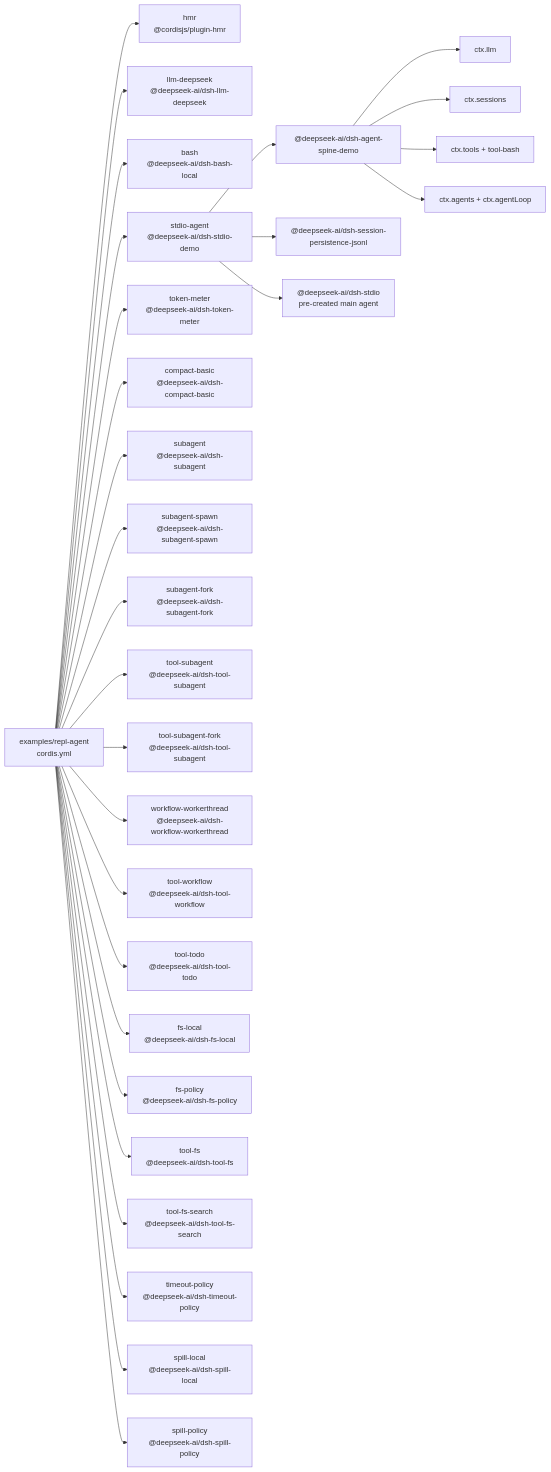
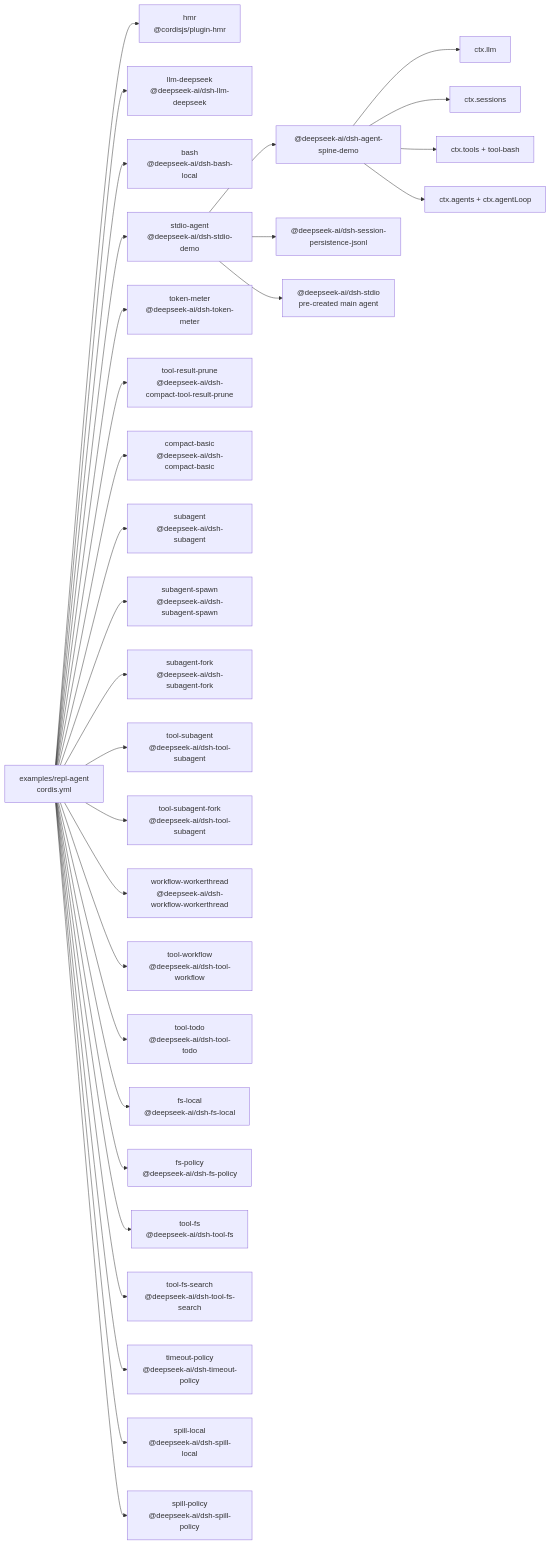
One commit to eru123/coco-harness changed the diagram in examples/repl-agent/composition.md. Above: the diagram before and after it, drawn with Mermaid. The commit also changed other lines of this file and 53 other files, not shown here.

First line of the commit message:
Merge pull request #353 from deepseek-harness/codex/compact-tool-result-prune

````diff
--- a/examples/repl-agent/composition.md
+++ b/examples/repl-agent/composition.md
@@ -8,53 +8,55 @@
 ```mermaid
 flowchart LR
   cfg["examples/repl-agent<br/>cordis.yml"]
   plugin_repl_hmr["hmr<br/>@cordisjs/plugin-hmr"]
   cfg --> plugin_repl_hmr
   plugin_repl_llm_deepseek["llm-deepseek<br/>@deepseek-ai/dsh-llm-deepseek"]
   cfg --> plugin_repl_llm_deepseek
   plugin_repl_bash["bash<br/>@deepseek-ai/dsh-bash-local"]
   cfg --> plugin_repl_bash
   plugin_repl_stdio_agent["stdio-agent<br/>@deepseek-ai/dsh-stdio-demo"]
   cfg --> plugin_repl_stdio_agent
   plugin_repl_stdio_agent --> bundle_agent_core["@deepseek-ai/dsh-agent-spine-demo"]
   plugin_repl_stdio_agent --> bundle_jsonl["@deepseek-ai/dsh-session-persistence-jsonl"]
   plugin_repl_stdio_agent --> frontdoor_stdio["@deepseek-ai/dsh-stdio<br/>pre-created main agent"]
   bundle_agent_core --> spine_llm["ctx.llm"]
   bundle_agent_core --> spine_sessions["ctx.sessions"]
   bundle_agent_core --> spine_tools["ctx.tools + tool-bash"]
   bundle_agent_core --> spine_loop["ctx.agents + ctx.agentLoop"]
   plugin_repl_token_meter["token-meter<br/>@deepseek-ai/dsh-token-meter"]
   cfg --> plugin_repl_token_meter
+  plugin_repl_tool_result_prune["tool-result-prune<br/>@deepseek-ai/dsh-compact-tool-result-prune"]
+  cfg --> plugin_repl_tool_result_prune
   plugin_repl_compact_basic["compact-basic<br/>@deepseek-ai/dsh-compact-basic"]
   cfg --> plugin_repl_compact_basic
   plugin_repl_subagent["subagent<br/>@deepseek-ai/dsh-subagent"]
   cfg --> plugin_repl_subagent
   plugin_repl_subagent_spawn["subagent-spawn<br/>@deepseek-ai/dsh-subagent-spawn"]
   cfg --> plugin_repl_subagent_spawn
   plugin_repl_subagent_fork["subagent-fork<br/>@deepseek-ai/dsh-subagent-fork"]
   cfg --> plugin_repl_subagent_fork
   plugin_repl_tool_subagent["tool-subagent<br/>@deepseek-ai/dsh-tool-subagent"]
   cfg --> plugin_repl_tool_subagent
   plugin_repl_tool_subagent_fork["tool-subagent-fork<br/>@deepseek-ai/dsh-tool-subagent"]
   cfg --> plugin_repl_tool_subagent_fork
   plugin_repl_workflow_workerthread["workflow-workerthread<br/>@deepseek-ai/dsh-workflow-workerthread"]
   cfg --> plugin_repl_workflow_workerthread
   plugin_repl_tool_workflow["tool-workflow<br/>@deepseek-ai/dsh-tool-workflow"]
   cfg --> plugin_repl_tool_workflow
   plugin_repl_tool_todo["tool-todo<br/>@deepseek-ai/dsh-tool-todo"]
   cfg --> plugin_repl_tool_todo
   plugin_repl_fs_local["fs-local<br/>@deepseek-ai/dsh-fs-local"]
   cfg --> plugin_repl_fs_local
   plugin_repl_fs_policy["fs-policy<br/>@deepseek-ai/dsh-fs-policy"]
   cfg --> plugin_repl_fs_policy
   plugin_repl_tool_fs["tool-fs<br/>@deepseek-ai/dsh-tool-fs"]
   cfg --> plugin_repl_tool_fs
   plugin_repl_tool_fs_search["tool-fs-search<br/>@deepseek-ai/dsh-tool-fs-search"]
   cfg --> plugin_repl_tool_fs_search
   plugin_repl_timeout_policy["timeout-policy<br/>@deepseek-ai/dsh-timeout-policy"]
   cfg --> plugin_repl_timeout_policy
   plugin_repl_spill_local["spill-local<br/>@deepseek-ai/dsh-spill-local"]
   cfg --> plugin_repl_spill_local
   plugin_repl_spill_policy["spill-policy<br/>@deepseek-ai/dsh-spill-policy"]
   cfg --> plugin_repl_spill_policy
 ```
````
